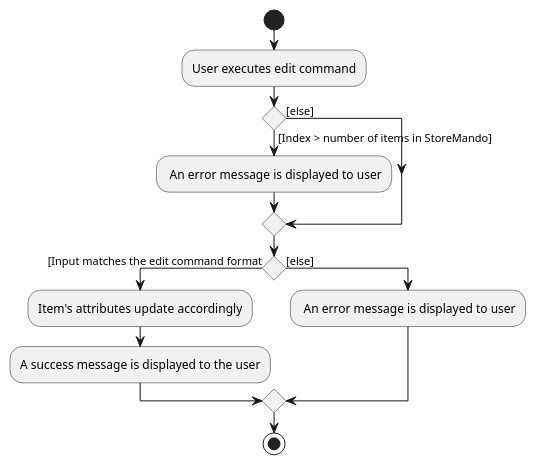
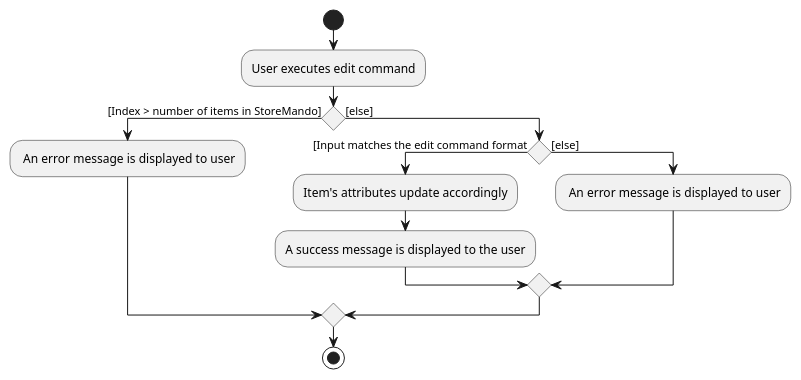
The diagram in docs/diagrams/EditActivityDiagram.puml (nus-cs2103-AY2021S2/tp), drawn with PlantUML before and after one commit. The commit also changed 1 other file, not shown here.

Commit message:
Change EditActivityDiagram

```diff
--- a/docs/diagrams/EditActivityDiagram.puml
+++ b/docs/diagrams/EditActivityDiagram.puml
@@ -1,18 +1,18 @@
 @startuml
 'https://plantuml.com/activity-diagram-beta
 
 start
 :User executes edit command;
 if () then ([Index > number of items in StoreMando])
     : An error message is displayed to user;
 else ([else])
-endif
-if () then ([Input matches the edit command format)
-    :Item's attributes update accordingly;
-    :A success message is displayed to the user;
-else ([else])
-    : An error message is displayed to user;
+    if () then ([Input matches the edit command format)
+        :Item's attributes update accordingly;
+        :A success message is displayed to the user;
+    else ([else])
+        : An error message is displayed to user;
+    endif
 endif
 stop
 
 @enduml
```
